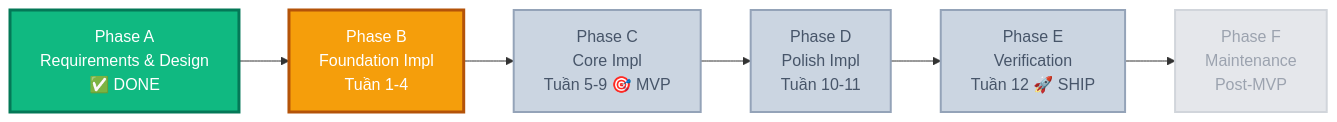
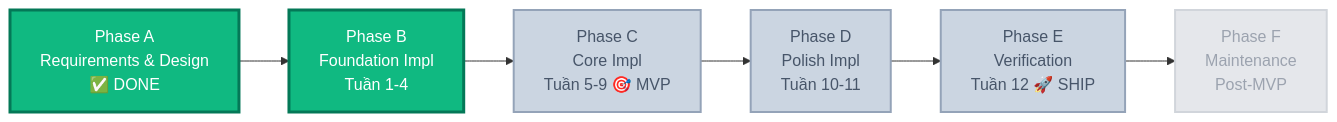
The first of 2 diagrams in planning/docs/STATUS.md (LuongCongThanh/be-nest-ecom), drawn with Mermaid before and after one commit. The commit also changed other lines of this file and 110 other files, not shown here.

````diff
--- a/planning/docs/STATUS.md
+++ b/planning/docs/STATUS.md
@@ -15,16 +15,16 @@
 ```mermaid
 graph LR
     A[Phase A<br/>Requirements & Design<br/>✅ DONE]:::done
-    B[Phase B<br/>Foundation Impl<br/>Tuần 1-4]:::current
+    B[Phase B<br/>Foundation Impl<br/>Tuần 1-4]:::done
     C[Phase C<br/>Core Impl<br/>Tuần 5-9 🎯 MVP]:::pending
     D[Phase D<br/>Polish Impl<br/>Tuần 10-11]:::pending
     E[Phase E<br/>Verification<br/>Tuần 12 🚀 SHIP]:::pending
     F[Phase F<br/>Maintenance<br/>Post-MVP]:::backlog
 
     A --> B --> C --> D --> E --> F
 
     classDef done fill:#10b981,color:#fff,stroke:#047857,stroke-width:3px
     classDef current fill:#f59e0b,color:#fff,stroke:#b45309,stroke-width:3px
     classDef pending fill:#cbd5e1,color:#475569,stroke:#94a3b8,stroke-width:2px
     classDef backlog fill:#e5e7eb,color:#9ca3af,stroke:#d1d5db,stroke-width:2px
 ```
````
